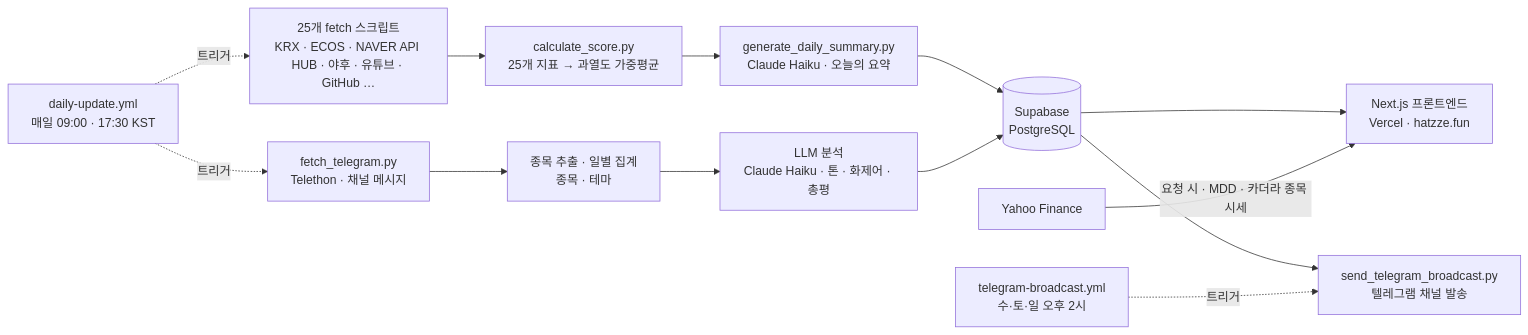
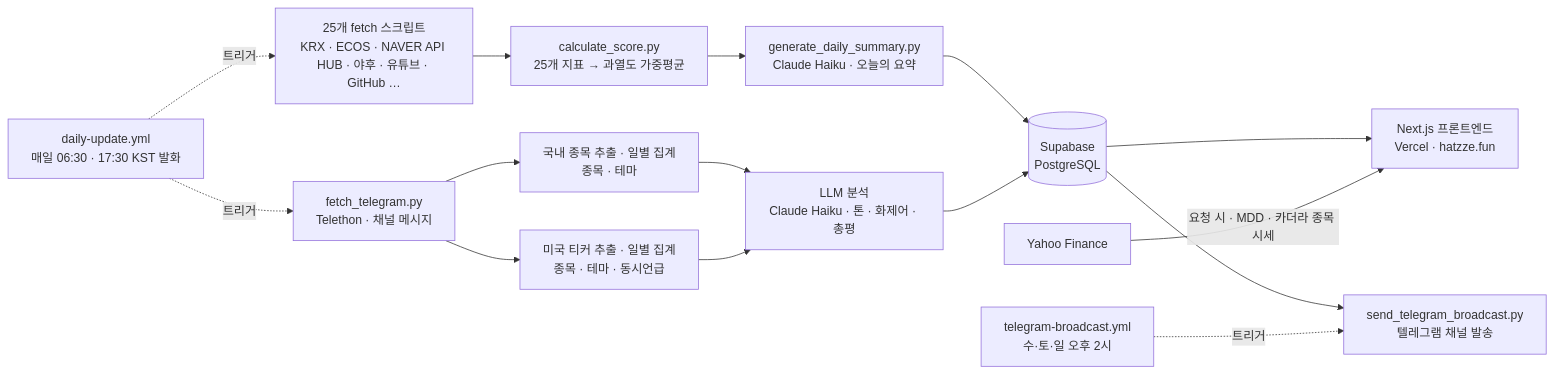
Before and after one commit to drakedog-kr/hatzze: the diagram in README.md, drawn with Mermaid. The commit also changed other lines of this file, not shown here.

````diff
--- a/README.md
+++ b/README.md
@@ -95,15 +117,17 @@
 ```mermaid
 flowchart LR
     A["25개 fetch 스크립트<br/>KRX · ECOS · NAVER API HUB · 야후 · 유튜브 · GitHub …"] --> B["calculate_score.py<br/>25개 지표 → 과열도 가중평균"]
     B --> C["generate_daily_summary.py<br/>Claude Haiku · 오늘의 요약"]
     C --> D[("Supabase<br/>PostgreSQL")]
-    T1["fetch_telegram.py<br/>Telethon · 채널 메시지"] --> T2["종목 추출 · 일별 집계<br/>종목 · 테마"]
+    T1["fetch_telegram.py<br/>Telethon · 채널 메시지"] --> T2["국내 종목 추출 · 일별 집계<br/>종목 · 테마"]
+    T1 --> U1["미국 티커 추출 · 일별 집계<br/>종목 · 테마 · 동시언급"]
     T2 --> T3["LLM 분석<br/>Claude Haiku · 톤 · 화제어 · 총평"]
+    U1 --> T3
     T3 --> D
     D --> E["Next.js 프론트엔드<br/>Vercel · hatzze.fun"]
     D --> S["send_telegram_broadcast.py<br/>텔레그램 채널 발송"]
     Y["Yahoo Finance"] -->|요청 시 · MDD · 카더라 종목 시세| E
-    G["daily-update.yml<br/>매일 09:00 · 17:30 KST"] -.->|트리거| A
+    G["daily-update.yml<br/>매일 06:30 · 17:30 KST 발화"] -.->|트리거| A
     G -.->|트리거| T1
     W["telegram-broadcast.yml<br/>수·토·일 오후 2시"] -.->|트리거| S
 ```
````
